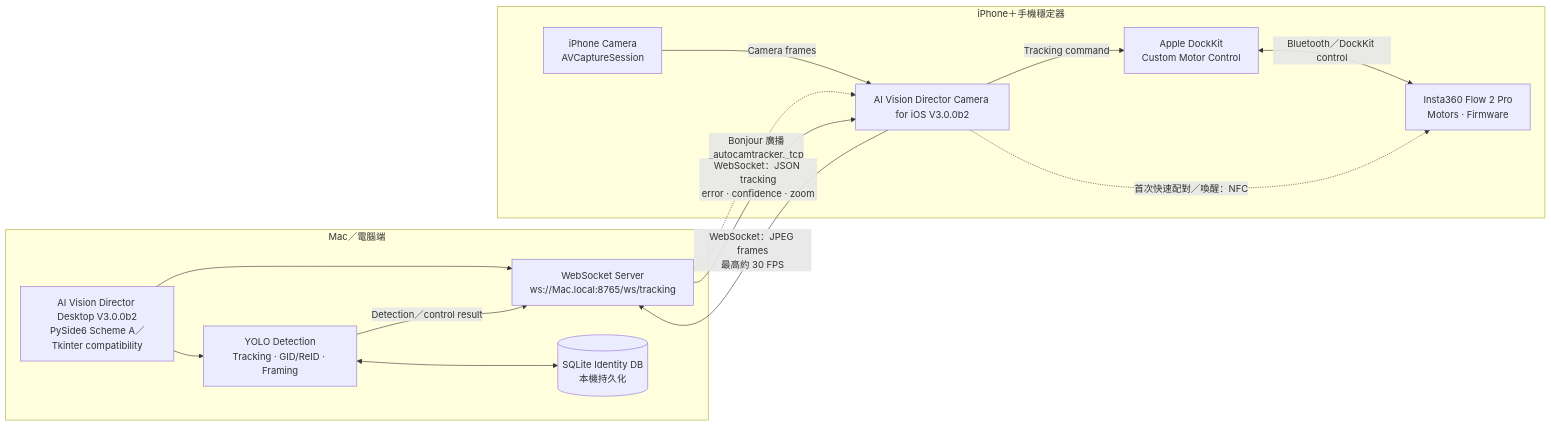
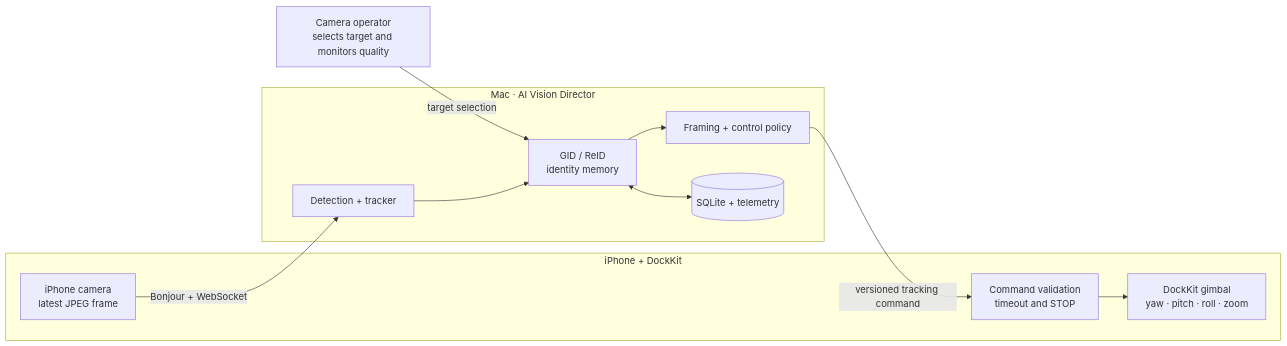
The diagram in README.md (LN-676/AI-Vision-Director), drawn with Mermaid before and after one commit. The commit also changed other lines of this file and 17 other files, not shown here.

````diff
--- a/README.md
+++ b/README.md
@@ -22,30 +61,23 @@
 ```mermaid
 flowchart LR
-    subgraph COMPUTER["Mac／電腦端"]
-        DESKTOP["AI Vision Director Desktop V3.0.0b2<br/>PySide6 Scheme A／Tkinter compatibility"]
-        SERVER["WebSocket Server<br/>ws://Mac.local:8765/ws/tracking"]
-        AI["YOLO Detection<br/>Tracking · GID/ReID · Framing"]
-        DB[("SQLite Identity DB<br/>本機持久化")]
+    HUMAN["Camera operator<br/>selects target and monitors quality"]
 
-        DESKTOP --> SERVER
-        DESKTOP --> AI
-        AI <--> DB
+    subgraph IOS["iPhone + DockKit"]
+        CAMERA["iPhone camera<br/>latest JPEG frame"]
+        SAFETY["Command validation<br/>timeout and STOP"]
+        GIMBAL["DockKit gimbal<br/>yaw · pitch · roll · zoom"]
     end
 
-    subgraph MOBILE["iPhone＋手機穩定器"]
-        IOS["AI Vision Director Camera for iOS V3.0.0b2"]
-        CAMERA["iPhone Camera<br/>AVCaptureSession"]
-        DOCKKIT["Apple DockKit<br/>Custom Motor Control"]
-        GIMBAL["Insta360 Flow 2 Pro<br/>Motors · Firmware"]
-
-        CAMERA -->|"Camera frames"| IOS
-        IOS -->|"Tracking command"| DOCKKIT
-        DOCKKIT <-->|"Bluetooth／DockKit control"| GIMBAL
-        IOS -.->|"首次快速配對／喚醒：NFC"| GIMBAL
+    subgraph MAC["Mac · AI Vision Director"]
+        DETECT["Detection + tracker"]
+        IDENTITY["GID / ReID<br/>identity memory"]
+        FRAME["Framing + control policy"]
+        DATA[("SQLite + telemetry")]
     end
 
-    SERVER -.->|"Bonjour 廣播<br/>_autocamtracker._tcp"| IOS
-    IOS -->|"WebSocket：JPEG frames<br/>最高約 30 FPS"| SERVER
-    SERVER -->|"WebSocket：JSON tracking<br/>error · confidence · zoom"| IOS
-    AI -->|"Detection／control result"| SERVER
+    HUMAN -->|"target selection"| IDENTITY
+    CAMERA -->|"Bonjour + WebSocket"| DETECT
+    DETECT --> IDENTITY --> FRAME
+    IDENTITY <--> DATA
+    FRAME -->|"versioned tracking command"| SAFETY --> GIMBAL
 ```
````
